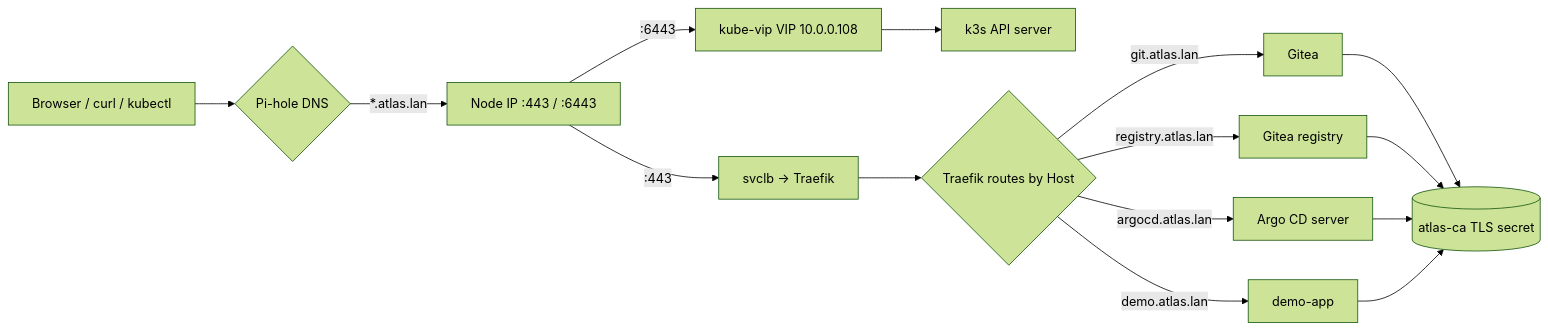
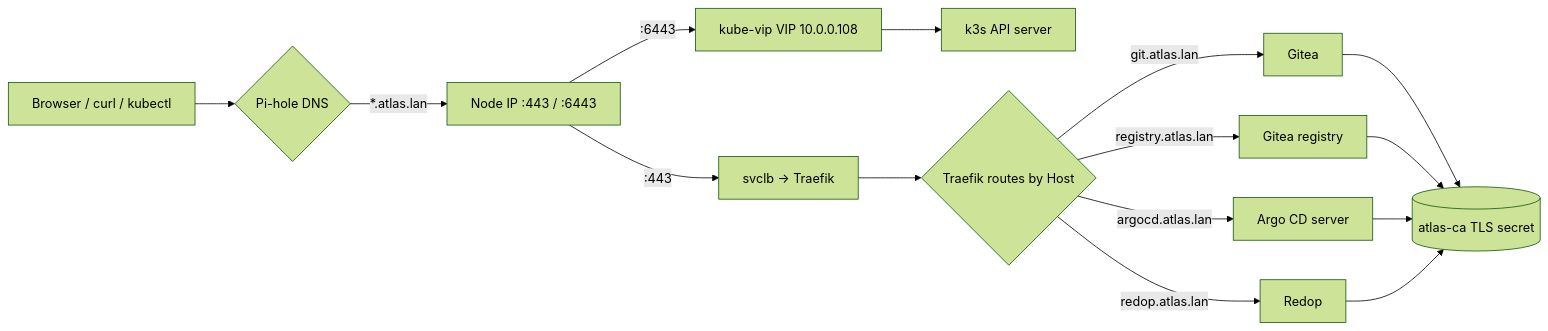
One commit to 211lab/atlas changed the seventh of 9 diagrams in docs/c4-architecture.md. Above: the diagram before and after it, drawn with Mermaid (forest theme). The commit also changed other lines of this file and 22 other files, not shown here.

Commit message:
chore(demo-app): retire demo workload and example

````diff
--- a/docs/c4-architecture.md
+++ b/docs/c4-architecture.md
@@ -281,14 +279,14 @@
 ```mermaid
 flowchart LR
     A[Browser / curl / kubectl] --> B{Pi-hole DNS}
     B -- *.atlas.lan --> C[Node IP :443 / :6443]
     C -- :6443 --> V[kube-vip VIP 10.0.0.108]
     V --> API[k3s API server]
     C -- :443 --> S[svclb -> Traefik]
     S --> T{Traefik routes by Host}
     T -- git.atlas.lan --> G[Gitea]
     T -- registry.atlas.lan --> R[Gitea registry]
     T -- argocd.atlas.lan --> AR[Argo CD server]
-    T -- demo.atlas.lan --> D[demo-app]
+    T -- redop.atlas.lan --> D[Redop]
     G & R & AR & D --> TLS[(atlas-ca TLS secret)]
 ```
````
